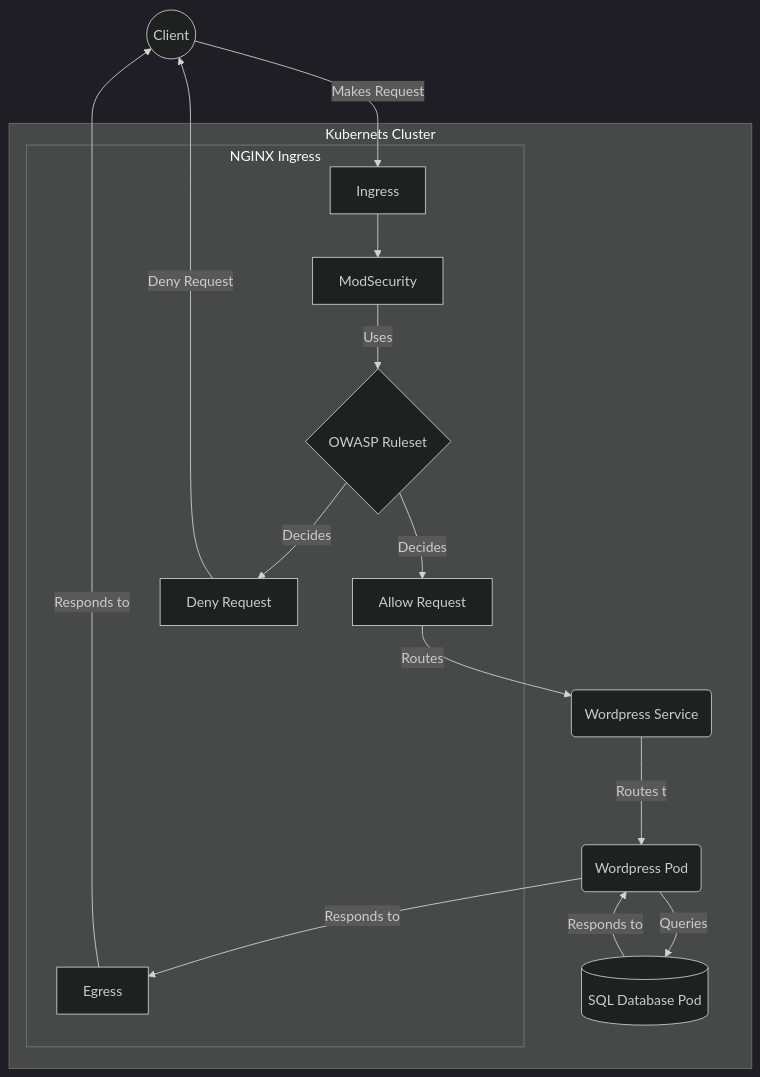
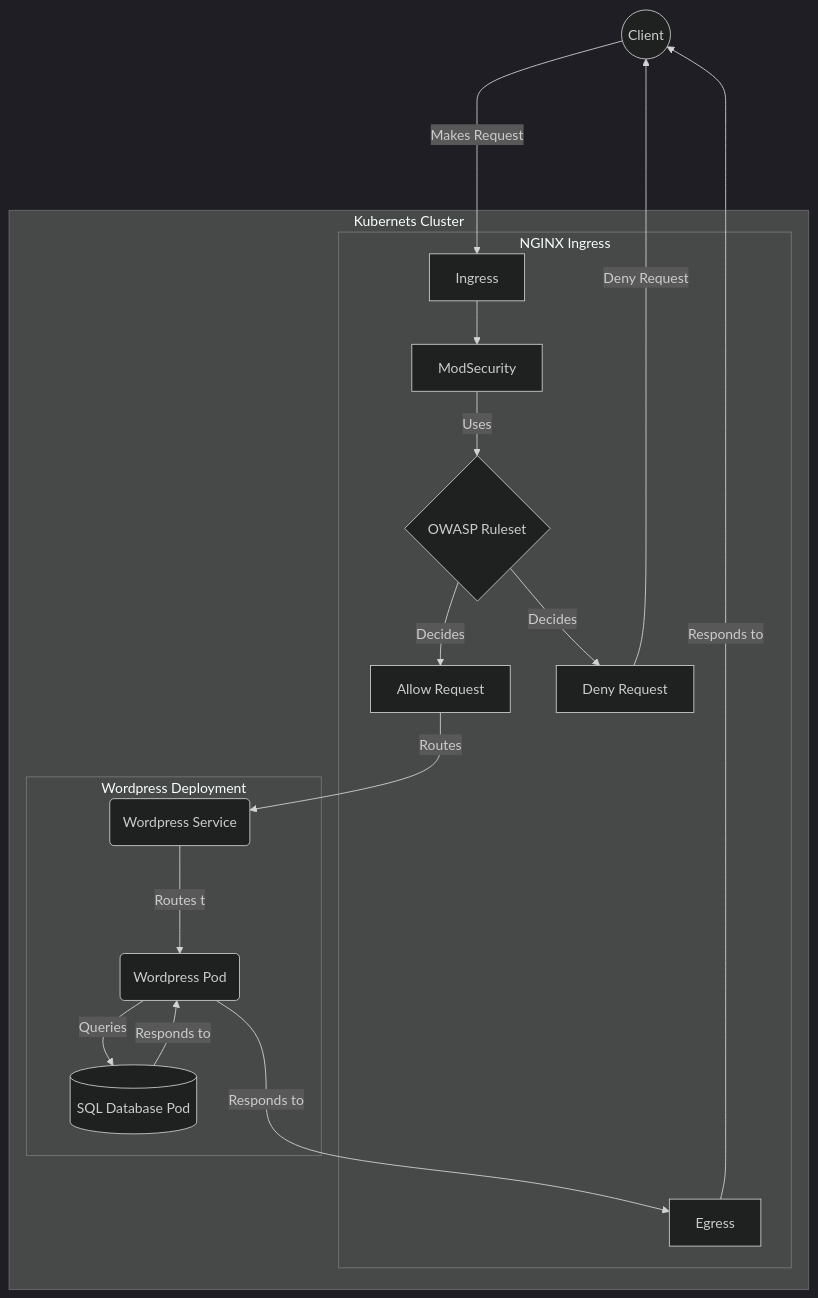
One commit to NickMcGrath/nickmcgrath.github.io changed the diagram in content/en/blog/K8s-Nginx-Ingress-WAF/index.md. Above: the diagram before and after it, drawn with Mermaid.

Commit message:
updated flowchart adding wordpress deployment

````diff
--- a/content/en/blog/K8s-Nginx-Ingress-WAF/index.md
+++ b/content/en/blog/K8s-Nginx-Ingress-WAF/index.md
@@ -50,21 +50,23 @@
 ```mermaid
 %%{init: {'theme':'dark'}}%%
 flowchart
-A((Client)) -- Makes Request--> INGRESS
+A((Client)) -- Makes Request----> INGRESS
 subgraph K8[Kubernets Cluster]
  subgraph NGINX[NGINX Ingress]
    INGRESS[Ingress] --> MOD
    MOD[ModSecurity] -- Uses --> OWASP{OWASP Ruleset}
    OWASP --Decides--> ALLOW[Allow Request]
    OWASP --Decides--> DENY[Deny Request]
    EGRESS[Egress]
  end
+ subgraph WORDD[Wordpress Deployment]
  ALLOW -- Routes --> S(Wordpress Service)
  S -- Routes to--> W(Wordpress Pod)
  W -- Queries--> D[(SQL Database Pod)]
  D -- Responds to --> W
- W -- Responds to --> EGRESS
+ W -- Responds to ---> EGRESS
+ end
 end
-DENY -- Deny Request --> A
-EGRESS -- Responds to --> A
+DENY -- Deny Request ---> A
+EGRESS -- Responds to ----> A
 ```
````
